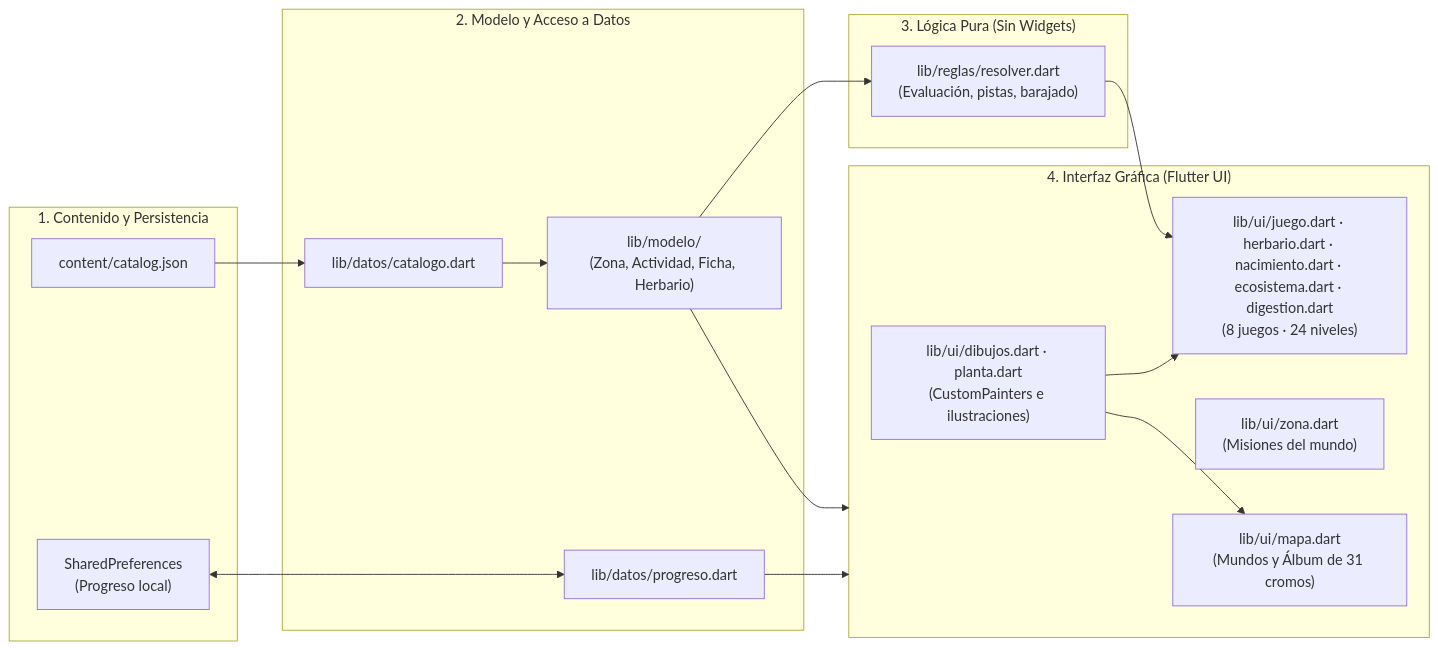
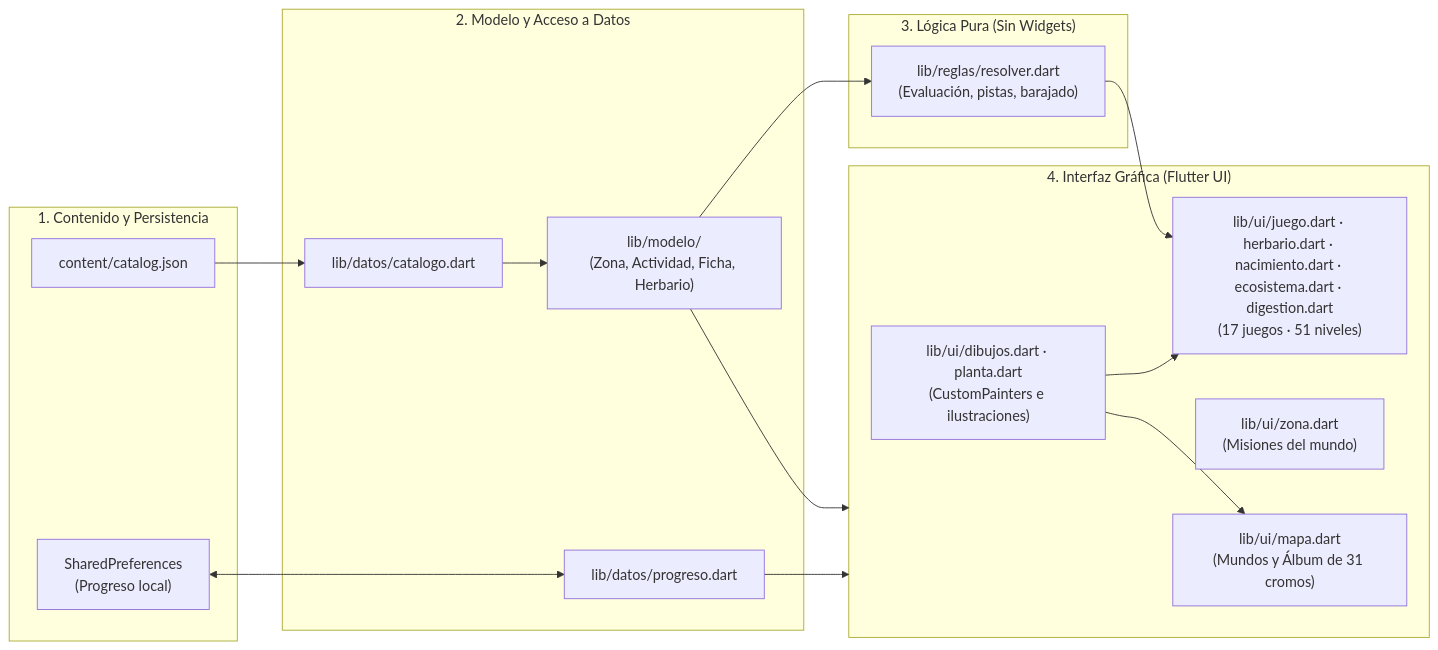
One commit to imoroc/NaturalMente changed the first of 2 diagrams in README.md. Above: the diagram before and after it, drawn with Mermaid. The commit also changed other lines of this file and 3 other files, not shown here.

````diff
--- a/README.md
+++ b/README.md
@@ -55,34 +64,34 @@
 ```mermaid
 flowchart LR
   subgraph Datos["1. Contenido y Persistencia"]
     JSON["content/catalog.json"]
     PREFS["SharedPreferences\n(Progreso local)"]
   end
 
   subgraph Dominio["2. Modelo y Acceso a Datos"]
     CAT["lib/datos/catalogo.dart"]
     PROG["lib/datos/progreso.dart"]
     MOD["lib/modelo/\n(Zona, Actividad, Ficha, Herbario)"]
   end
 
   subgraph Reglas["3. Lógica Pura (Sin Widgets)"]
     RES["lib/reglas/resolver.dart\n(Evaluación, pistas, barajado)"]
   end
 
   subgraph Interfaz["4. Interfaz Gráfica (Flutter UI)"]
     MAPA["lib/ui/mapa.dart\n(Mundos y Álbum de 31 cromos)"]
     ZONA["lib/ui/zona.dart\n(Misiones del mundo)"]
-    JUEGO["lib/ui/juego.dart · herbario.dart · nacimiento.dart · ecosistema.dart · digestion.dart\n(8 juegos · 24 niveles)"]
+    JUEGO["lib/ui/juego.dart · herbario.dart · nacimiento.dart · ecosistema.dart · digestion.dart\n(17 juegos · 51 niveles)"]
     DIB["lib/ui/dibujos.dart · planta.dart\n(CustomPainters e ilustraciones)"]
   end
 
   JSON --> CAT
   PREFS <--> PROG
   CAT --> MOD
   MOD --> RES
   MOD --> Interfaz
   PROG --> Interfaz
   RES --> JUEGO
   DIB --> JUEGO
   DIB --> MAPA
 ```
````
